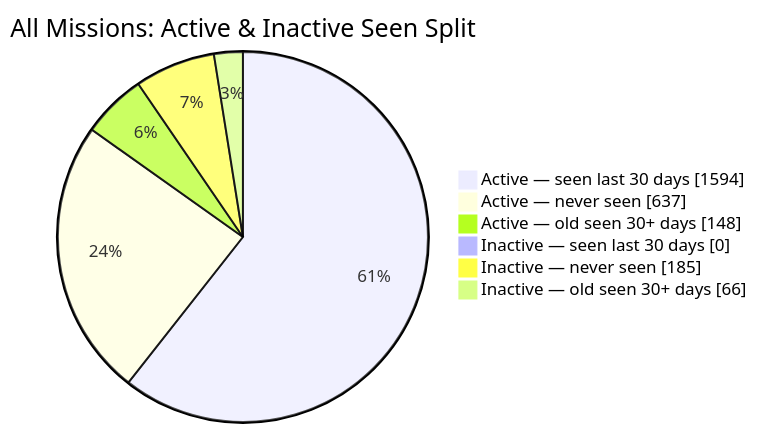
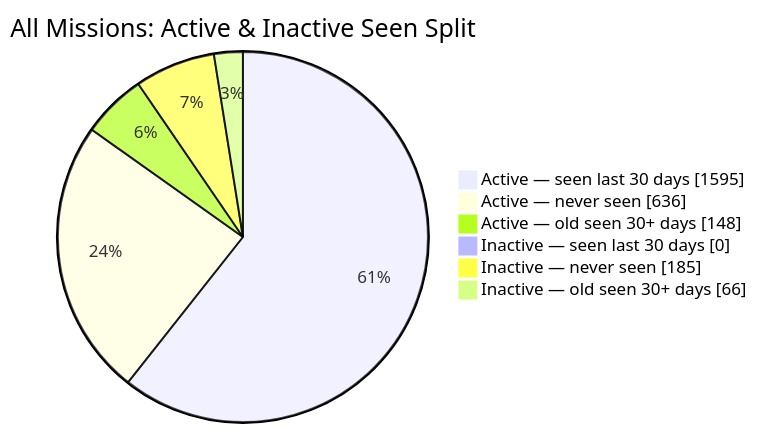
The second of 2 diagrams in README.md (MeldkamerspelGameTeam/active-missions), drawn with Mermaid before and after one commit. The commit also changed other lines of this file and 3 other files, not shown here.

````diff
--- a/README.md
+++ b/README.md
@@ -44,10 +44,10 @@
 ```mermaid
 pie showData
     title All Missions: Active & Inactive Seen Split
-    "Active — seen last 30 days" : 1594
-    "Active — never seen" : 637
+    "Active — seen last 30 days" : 1595
+    "Active — never seen" : 636
     "Active — old seen 30+ days" : 148
     "Inactive — seen last 30 days" : 0
     "Inactive — never seen" : 185
     "Inactive — old seen 30+ days" : 66
 ```
````
